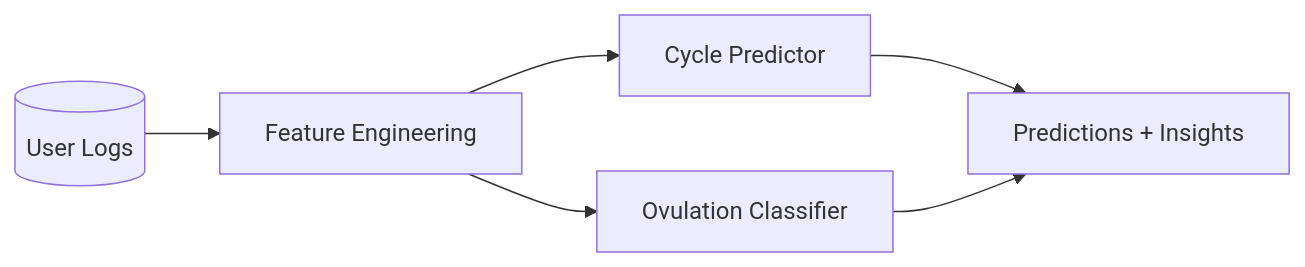
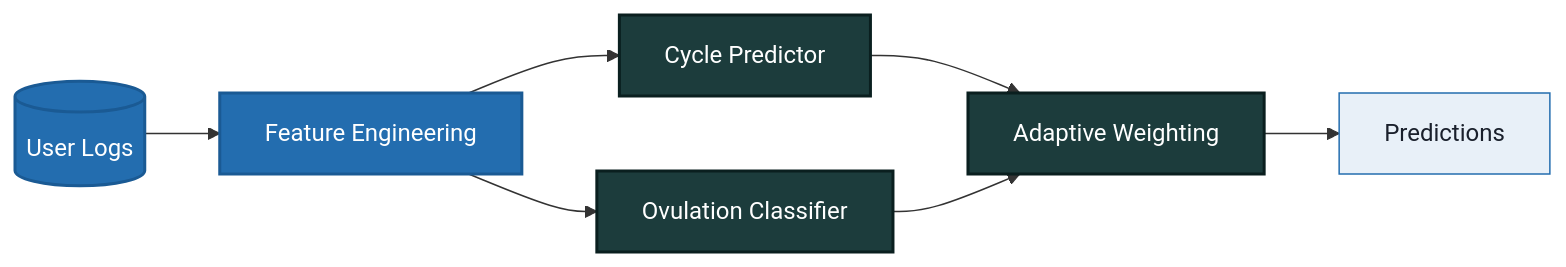
The third of 6 diagrams in README.md (PaulinaIA/PaulinaIA), drawn with Mermaid before and after one commit. The commit also changed other lines of this file, not shown here.

````diff
--- a/README.md
+++ b/README.md
@@ -58,8 +114,16 @@
 ```mermaid
 flowchart LR
-  X[(User Logs)] --> FE[Feature Engineering]
-  FE --> M1[Cycle Predictor]
-  FE --> M2[Ovulation Classifier]
-  M1 --> OUT[Predictions + Insights]
-  M2 --> OUT
+    L[(User Logs)] --> FE[Feature Engineering]
+    FE --> M1[Cycle Predictor]
+    FE --> M2[Ovulation Classifier]
+    M1 --> A[Adaptive Weighting]
+    M2 --> A
+    A --> OUT[Predictions]
+
+    classDef data fill:#236DAF,stroke:#1a5a94,color:#fff,stroke-width:2px
+    classDef model fill:#1C3C3C,stroke:#0a1f1f,color:#fff,stroke-width:2px
+    classDef output fill:#E8F0F8,stroke:#236DAF,color:#1a202c,stroke-width:1px
+    class L,FE data
+    class M1,M2,A model
+    class OUT output
 ```
````
